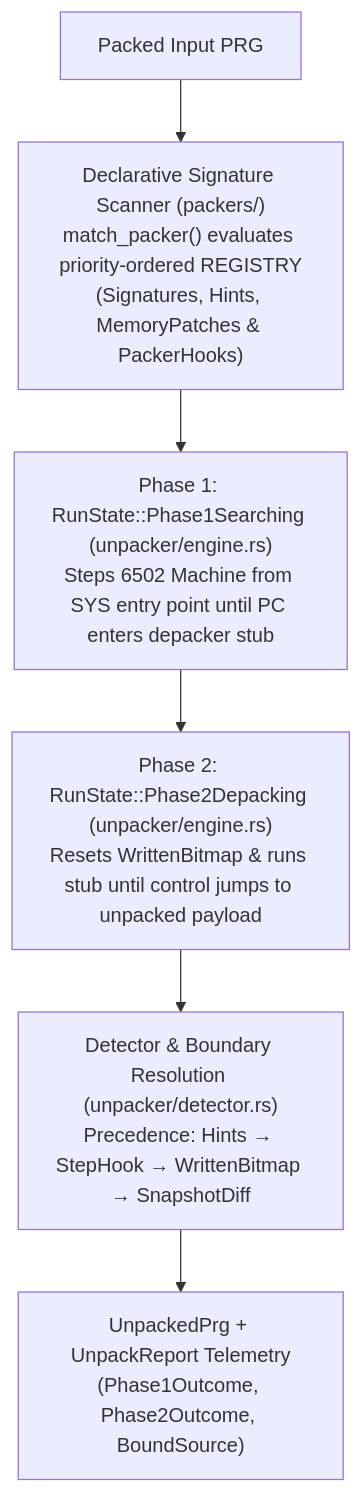
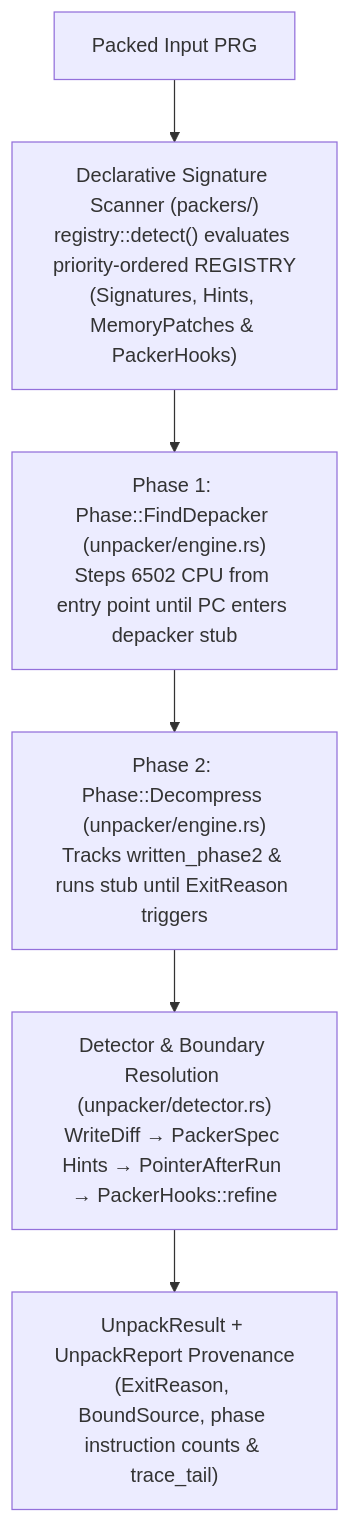
One commit to ricardoquesada/regenerator2000 changed the sixth of 11 diagrams in docs/architecture.md. Above: the diagram before and after it, drawn with Mermaid. The commit also changed other lines of this file and 10 other files, not shown here.

````diff
--- a/docs/architecture.md
+++ b/docs/architecture.md
@@ -405,11 +405,11 @@
 ```mermaid
 flowchart TB
     Input["Packed Input PRG"]
-    Scanner["Declarative Signature Scanner (packers/)<br/>match_packer() evaluates priority-ordered REGISTRY<br/>(Signatures, Hints, MemoryPatches & PackerHooks)"]
-    Phase1["Phase 1: RunState::Phase1Searching (unpacker/engine.rs)<br/>Steps 6502 Machine from SYS entry point until PC enters depacker stub"]
-    Phase2["Phase 2: RunState::Phase2Depacking (unpacker/engine.rs)<br/>Resets WrittenBitmap & runs stub until control jumps to unpacked payload"]
-    Detector["Detector & Boundary Resolution (unpacker/detector.rs)<br/>Precedence: Hints → StepHook → WrittenBitmap → SnapshotDiff"]
-    Output["UnpackedPrg + UnpackReport Telemetry<br/>(Phase1Outcome, Phase2Outcome, BoundSource)"]
+    Scanner["Declarative Signature Scanner (packers/)<br/>registry::detect() evaluates priority-ordered REGISTRY<br/>(Signatures, Hints, MemoryPatches & PackerHooks)"]
+    Phase1["Phase 1: Phase::FindDepacker (unpacker/engine.rs)<br/>Steps 6502 CPU from entry point until PC enters depacker stub"]
+    Phase2["Phase 2: Phase::Decompress (unpacker/engine.rs)<br/>Tracks written_phase2 & runs stub until ExitReason triggers"]
+    Detector["Detector & Boundary Resolution (unpacker/detector.rs)<br/>WriteDiff → PackerSpec Hints → PointerAfterRun → PackerHooks::refine"]
+    Output["UnpackResult + UnpackReport Provenance<br/>(ExitReason, BoundSource, phase instruction counts & trace_tail)"]
 
     Input --> Scanner --> Phase1 --> Phase2 --> Detector --> Output
 ```
````
